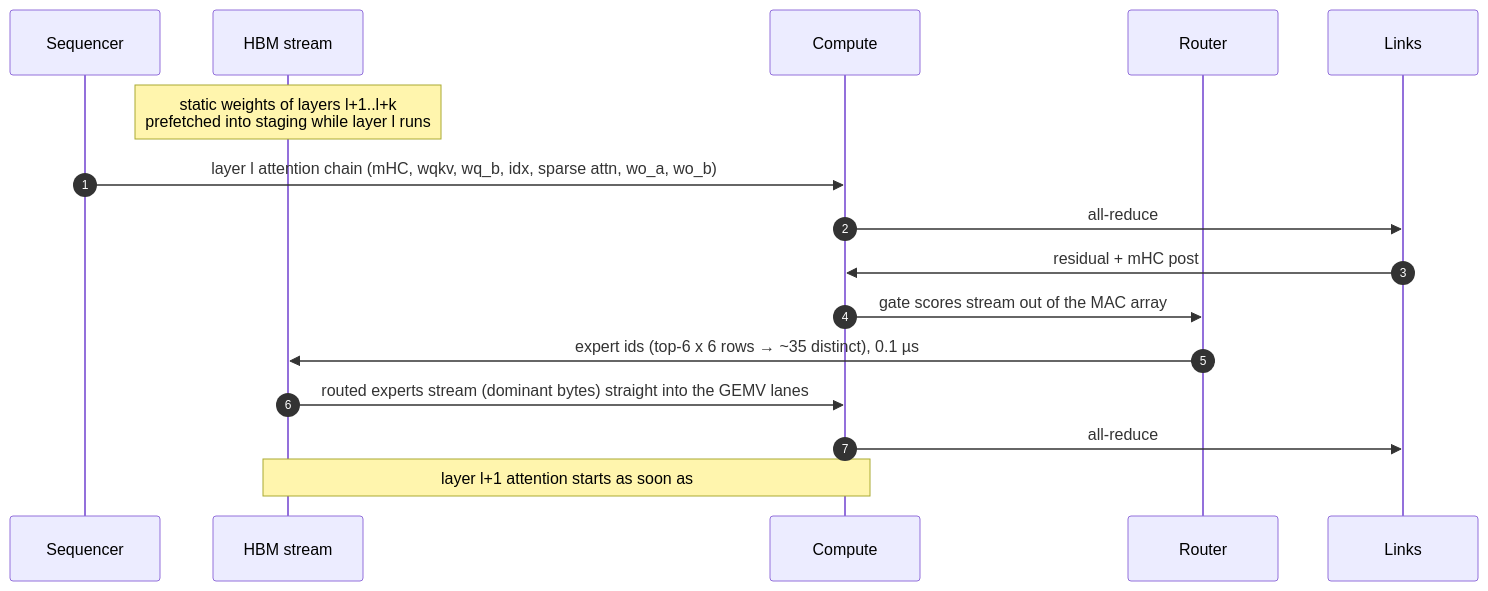
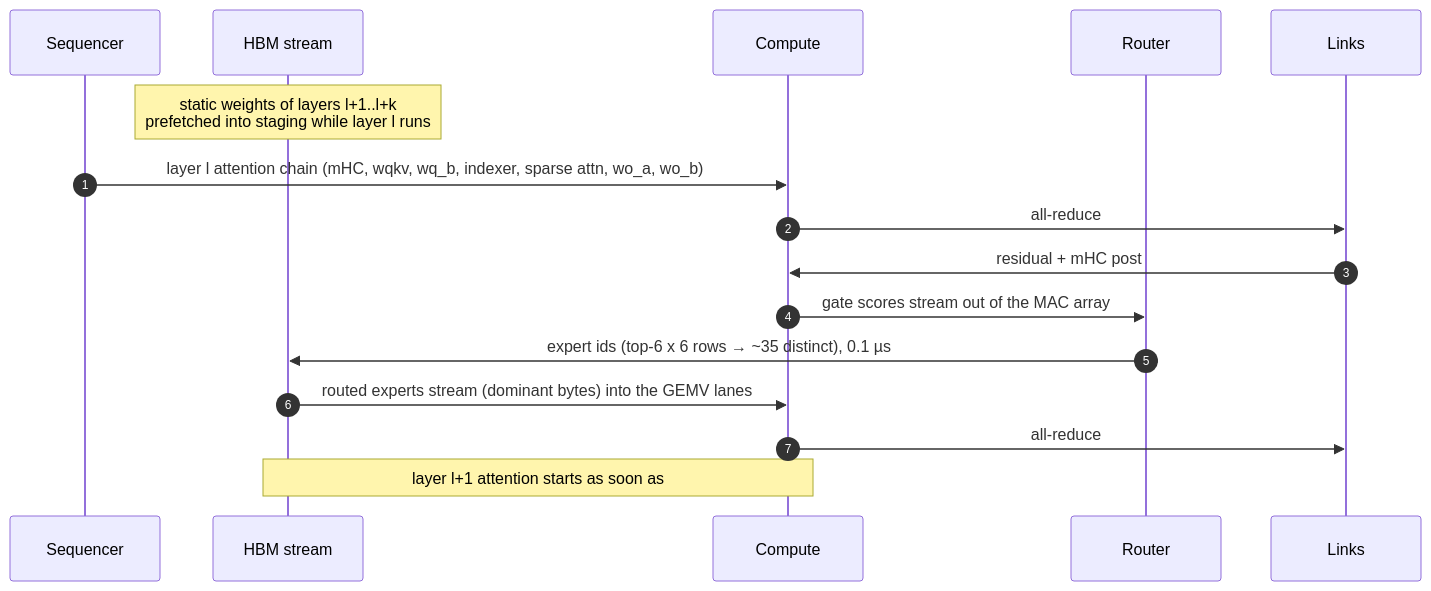
The third of 3 diagrams in docs/03_architecture.md (Aercrist/dsv41-accel-study), drawn with Mermaid before and after one commit. The commit also changed other lines of this file and 48 other files, not shown here.

````diff
--- a/docs/03_architecture.md
+++ b/docs/03_architecture.md
@@ -93,18 +94,18 @@
 ```mermaid
 sequenceDiagram
   autonumber
   participant SEQ as Sequencer
   participant HBM as HBM stream
   participant CE as Compute
   participant RT as Router
   participant LNK as Links
   Note over HBM: static weights of layers l+1..l+k<br/>prefetched into staging while layer l runs
-  SEQ->>CE: layer l attention chain (mHC, wqkv, wq_b, idx, sparse attn, wo_a, wo_b)
-  CE->>LNK: all-reduce #1 (6 x 5120 BF16), 1.4 µs
+  SEQ->>CE: layer l attention chain (mHC, wqkv, wq_b, indexer, sparse attn, wo_a, wo_b)
+  CE->>LNK: all-reduce #1 (6 x 5120 BF16), ~1.4 µs
   LNK->>CE: residual + mHC post
   CE->>RT: gate scores stream out of the MAC array
   RT->>HBM: expert ids (top-6 x 6 rows → ~35 distinct), 0.1 µs
-  HBM->>CE: routed experts stream (dominant bytes) straight into the GEMV lanes
+  HBM->>CE: routed experts stream (dominant bytes) into the GEMV lanes
   CE->>LNK: all-reduce #2
   Note over CE,HBM: layer l+1 attention starts as soon as #2 lands;<br/>its weights are already staged
 ```
````
